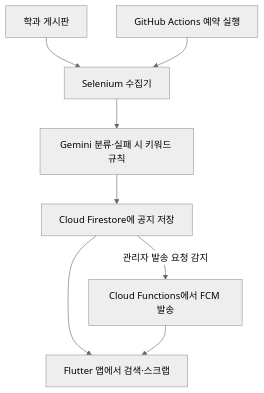
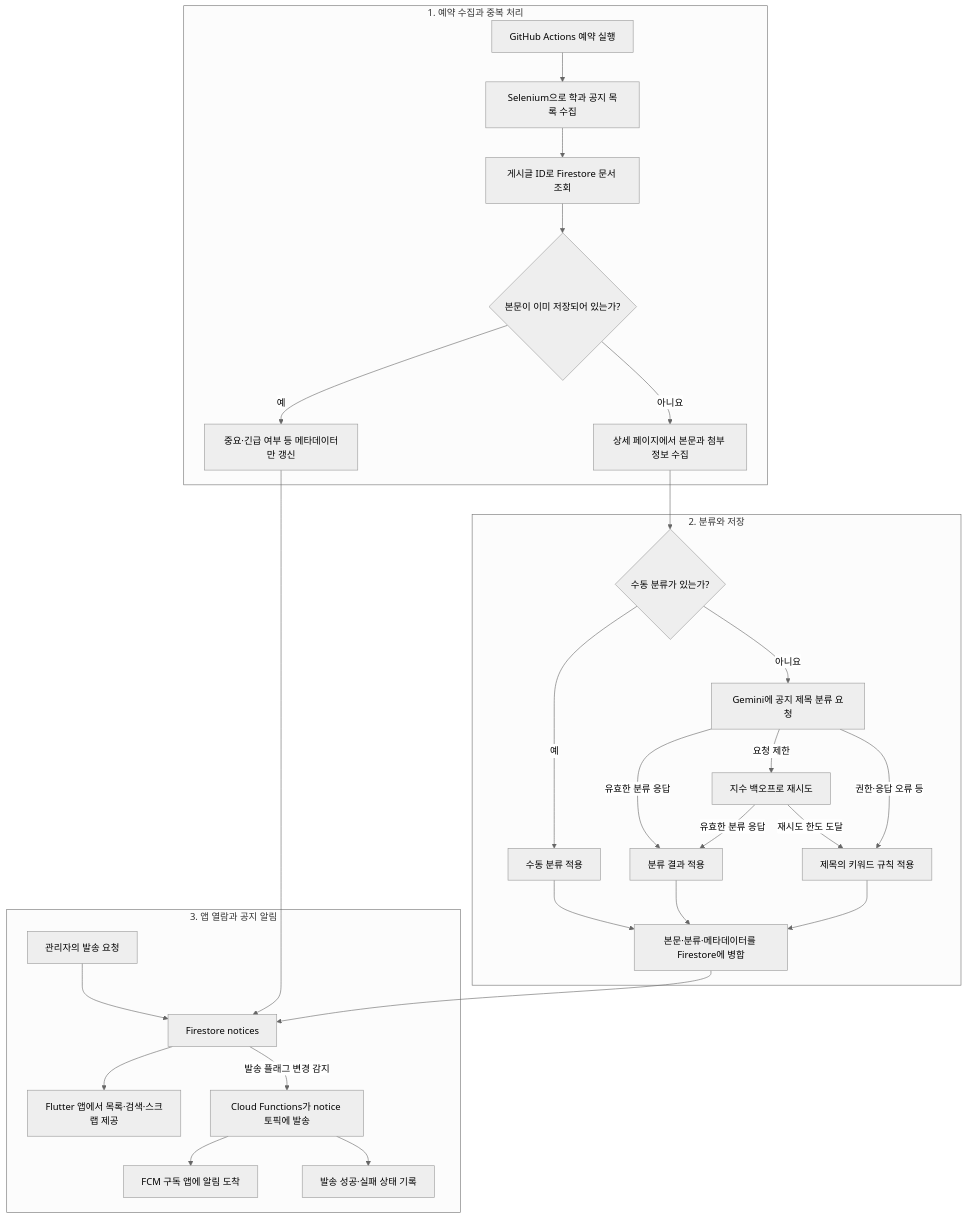
The diagram in README.md (Hyunhoim/MY_CSE), drawn with Mermaid (neutral theme) before and after one commit. The commit also changed other lines of this file, not shown here.

Commit message:
docs: expand architecture into detailed feature flow

````diff
--- a/README.md
+++ b/README.md
@@ -27,10 +27,34 @@
 ```mermaid
 flowchart TD
-    W["학과 게시판"] --> C["Selenium 수집기"]
-    G["GitHub Actions 예약 실행"] --> C
-    C --> K["Gemini 분류·실패 시 키워드 규칙"]
-    K --> D["Cloud Firestore에 공지 저장"]
-    D --> A["Flutter 앱에서 검색·스크랩"]
-    D -->|"관리자 발송 요청 감지"| F["Cloud Functions에서 FCM 발송"]
-    F --> A
+    subgraph CRAWL["1. 예약 수집과 중복 처리"]
+      A["GitHub Actions 예약 실행"] --> B["Selenium으로 학과 공지 목록 수집"]
+      B --> C["게시글 ID로 Firestore 문서 조회"]
+      C --> D{"본문이 이미 저장되어 있는가?"}
+      D -->|"예"| E["중요·긴급 여부 등 메타데이터만 갱신"]
+      D -->|"아니요"| F["상세 페이지에서 본문과 첨부 정보 수집"]
+    end
+
+    subgraph CATEGORIZE["2. 분류와 저장"]
+      F --> G{"수동 분류가 있는가?"}
+      G -->|"예"| H["수동 분류 적용"]
+      G -->|"아니요"| I["Gemini에 공지 제목 분류 요청"]
+      I -->|"유효한 분류 응답"| J["분류 결과 적용"]
+      I -->|"요청 제한"| K["지수 백오프로 재시도"]
+      K -->|"유효한 분류 응답"| J
+      K -->|"재시도 한도 도달"| L["제목의 키워드 규칙 적용"]
+      I -->|"권한·응답 오류 등"| L
+      H --> M["본문·분류·메타데이터를 Firestore에 병합"]
+      J --> M
+      L --> M
+    end
+
+    subgraph DISTRIBUTE["3. 앱 열람과 공지 알림"]
+      E --> N["Firestore notices"]
+      M --> N
+      N --> O["Flutter 앱에서 목록·검색·스크랩 제공"]
+      P["관리자의 발송 요청"] --> N
+      N -->|"발송 플래그 변경 감지"| Q["Cloud Functions가 notice 토픽에 발송"]
+      Q --> R["FCM 구독 앱에 알림 도착"]
+      Q --> S["발송 성공·실패 상태 기록"]
+    end
 ```
````
